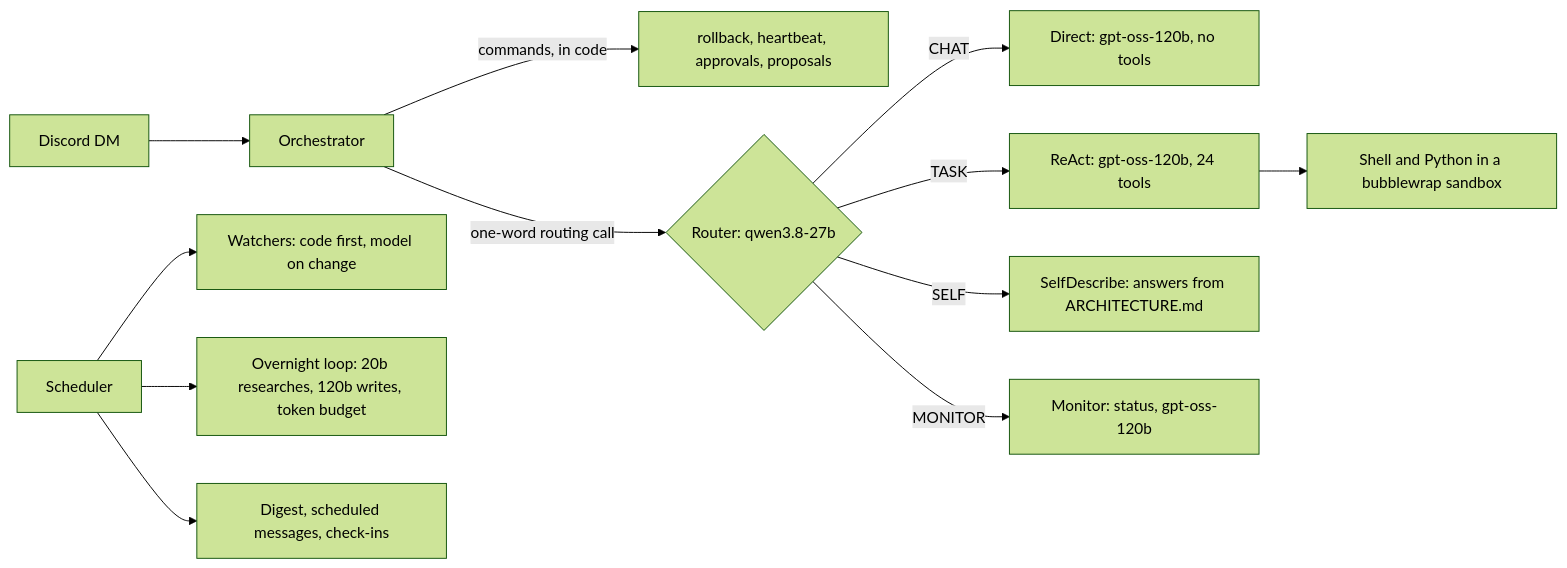
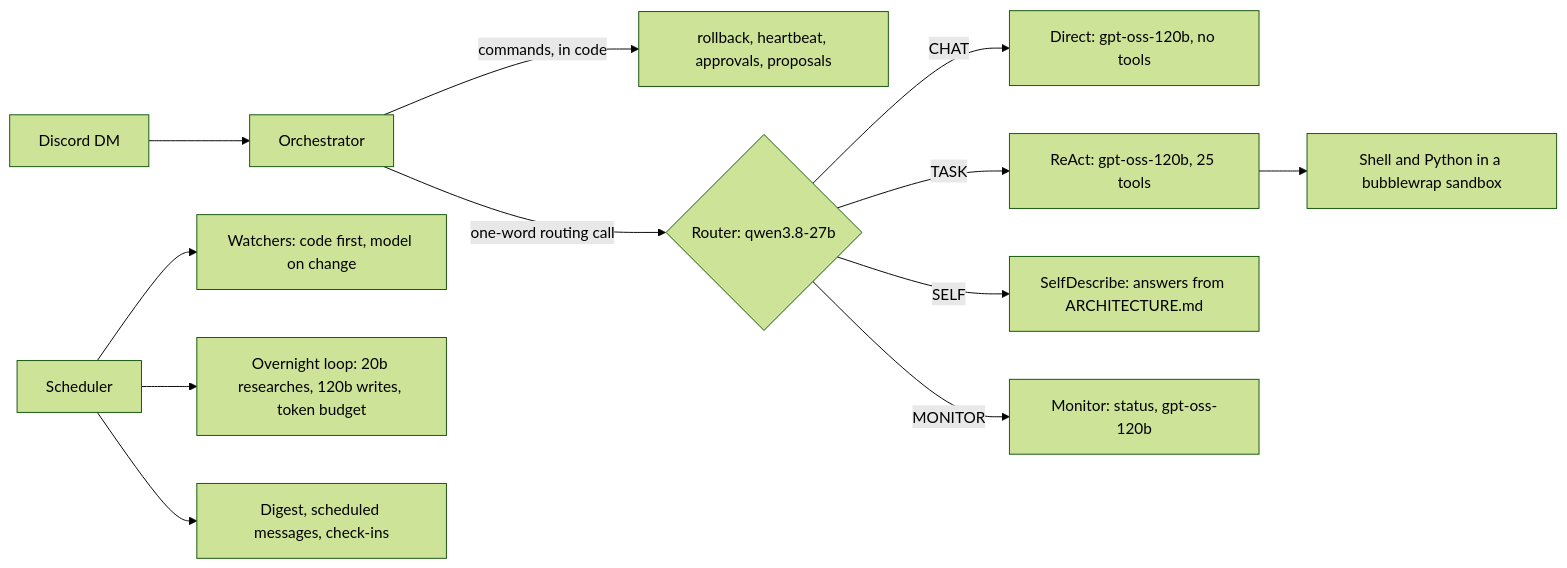
Before and after one commit to neoprimlabs/I.G.O.R.: the diagram in README.md, drawn with Mermaid (forest theme). The commit also changed other lines of this file and 9 other files, not shown here.

````diff
--- a/README.md
+++ b/README.md
@@ -33,14 +33,14 @@
 ```mermaid
 flowchart LR
     U["Discord DM"] --> O["Orchestrator"]
     O -->|"commands, in code"| K["rollback, heartbeat, approvals, proposals"]
     O -->|"one-word routing call"| R{"Router: qwen3.8-27b"}
     R -->|CHAT| D["Direct: gpt-oss-120b, no tools"]
-    R -->|TASK| A["ReAct: gpt-oss-120b, 24 tools"]
+    R -->|TASK| A["ReAct: gpt-oss-120b, 25 tools"]
     R -->|SELF| S["SelfDescribe: answers from ARCHITECTURE.md"]
     R -->|MONITOR| M["Monitor: status, gpt-oss-120b"]
     A --> B["Shell and Python in a bubblewrap sandbox"]
     J["Scheduler"] --> W["Watchers: code first, model on change"]
     J --> N["Overnight loop: 20b researches, 120b writes, token budget"]
     J --> G["Digest, scheduled messages, check-ins"]
 ```
````
